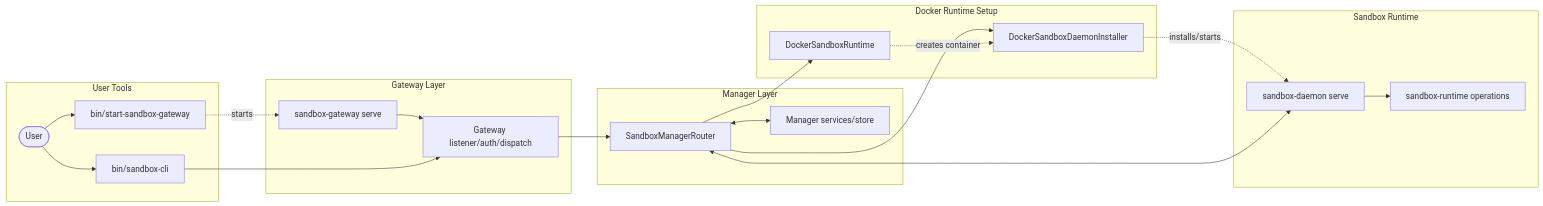
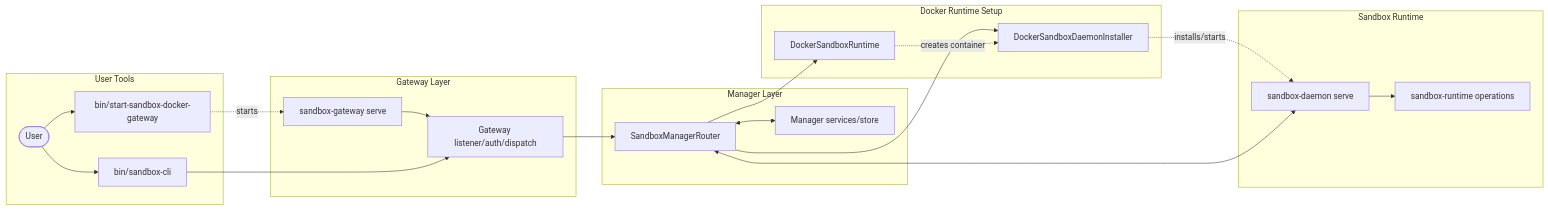
The first of 5 diagrams in docs/obsidian/ephemeral-os/docs/cli-gateway-manager-runtime.md (Ephemeral-AI-Lab/ephemeral-sandbox), drawn with Mermaid before and after one commit. The commit also changed other lines of this file and 33 other files, not shown here.

Commit message:
Update sandbox gateway and docs

````diff
--- a/docs/obsidian/ephemeral-os/docs/cli-gateway-manager-runtime.md
+++ b/docs/obsidian/ephemeral-os/docs/cli-gateway-manager-runtime.md
@@ -20,44 +20,44 @@
 ```mermaid
 flowchart LR
     subgraph UserTools["User Tools"]
         User([User])
-        Start["bin/start-sandbox-gateway"]
+        Start["bin/start-sandbox-docker-gateway"]
         CLI["bin/sandbox-cli"]
     end
 
     subgraph GatewayLayer["Gateway Layer"]
         GatewayServe["sandbox-gateway serve"]
         GatewayDispatch["Gateway listener/auth/dispatch"]
     end
 
     subgraph ManagerLayer["Manager Layer"]
         Router["SandboxManagerRouter"]
         Services["Manager services/store"]
     end
 
     subgraph DockerRuntimeSetup["Docker Runtime Setup"]
         DockerRuntime["DockerSandboxRuntime"]
         Installer["DockerSandboxDaemonInstaller"]
     end
 
     subgraph SandboxRuntime["Sandbox Runtime"]
         Daemon["sandbox-daemon serve"]
         RuntimeOps["sandbox-runtime operations"]
     end
 
     User --> Start
     User --> CLI
     Start -. starts .-> GatewayServe
     GatewayServe --> GatewayDispatch
     CLI --> GatewayDispatch
 
     GatewayDispatch --> Router
     Router <--> Services
     Router --> DockerRuntime
     Router --> Installer
 
     DockerRuntime -. creates container .-> Installer
     Installer -. installs/starts .-> Daemon
     Router <--> Daemon
     Daemon --> RuntimeOps
 ```
````
